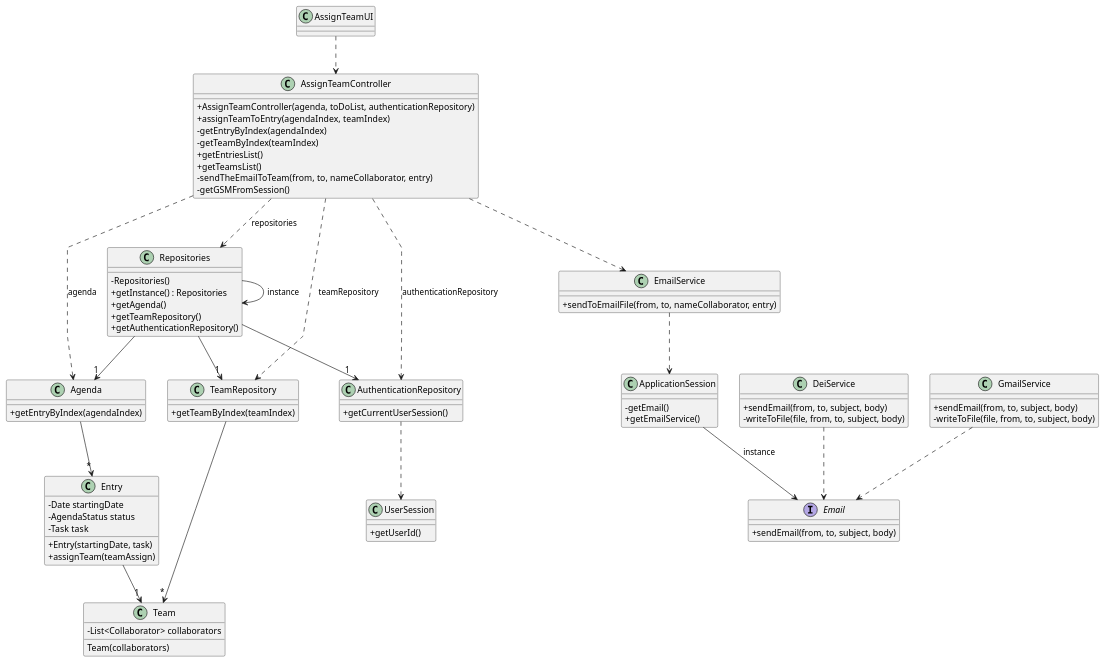
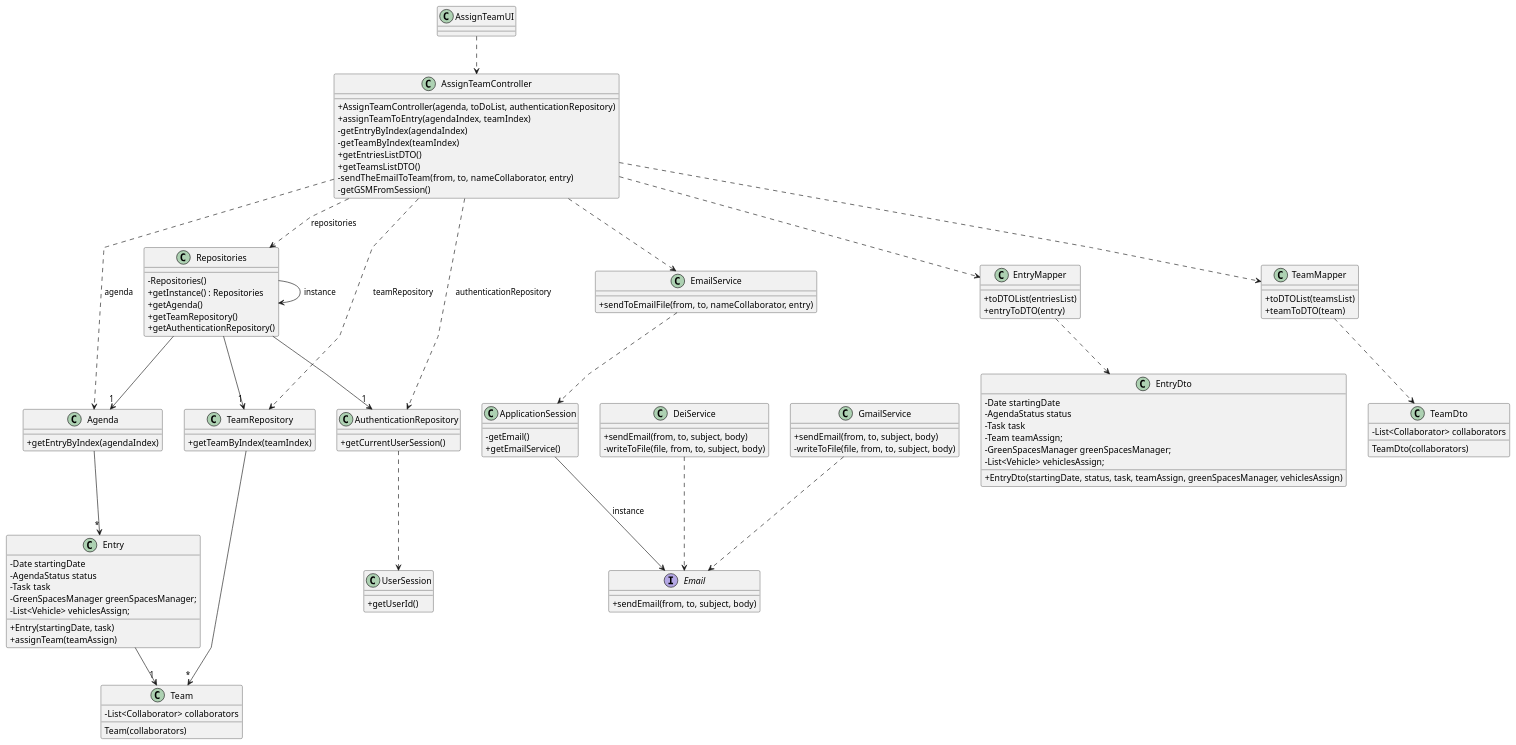
The diagram in docs/sprintA&B&C/us023/03.design/puml/us023-class-diagram.puml (daniel41silva05/ISEP_2023_2024_LAPR2), drawn with PlantUML before and after one commit. The commit also changed 16 other files, not shown here.

Commit message:
US22/23/26 - finalization Class Diagram and Sequence Diagram #10 #11 #12

```diff
--- a/docs/sprintA&B&C/us023/03.design/puml/us023-class-diagram.puml
+++ b/docs/sprintA&B&C/us023/03.design/puml/us023-class-diagram.puml
@@ -1,106 +1,137 @@
 @startuml
 'skinparam monochrome true
 skinparam packageStyle rectangle
 skinparam shadowing false
 skinparam linetype polyline
 'skinparam linetype orto
 
 skinparam classAttributeIconSize 0
 
 'left to right direction
 
 class AssignTeamUI {
 }
 
 class AssignTeamController {
     +AssignTeamController(agenda, toDoList, authenticationRepository)
     +assignTeamToEntry(agendaIndex, teamIndex)
     -getEntryByIndex(agendaIndex)
     -getTeamByIndex(teamIndex)
-    +getEntriesList()
-    +getTeamsList()
+    +getEntriesListDTO()
+    +getTeamsListDTO()
     -sendTheEmailToTeam(from, to, nameCollaborator, entry)
     -getGSMFromSession()
 }
 
 class Agenda {
     +getEntryByIndex(agendaIndex)
 }
 
 class Entry {
     -Date startingDate
     -AgendaStatus status
     -Task task
+    -GreenSpacesManager greenSpacesManager;
+    -List<Vehicle> vehiclesAssign;
     +Entry(startingDate, task)
     +assignTeam(teamAssign)
 }
 
 class TeamRepository {
     +getTeamByIndex(teamIndex)
 }
 
 class Team {
     -List<Collaborator> collaborators
     Team(collaborators)
 }
 
 class Repositories {
     - Repositories()
     + getInstance() : Repositories
     + getAgenda()
     + getTeamRepository()
     + getAuthenticationRepository()
 }
 
 class AuthenticationRepository {
     +getCurrentUserSession()
 }
 
 class UserSession {
     +getUserId()
 }
 
 class EmailService {
     +sendToEmailFile(from, to, nameCollaborator, entry)
 }
 
 class ApplicationSession {
     -getEmail()
     +getEmailService()
 }
 
 interface Email {
     +sendEmail(from, to, subject, body)
 }
 
 class DeiService {
     +sendEmail(from, to, subject, body)
     -writeToFile(file, from, to, subject, body)
 }
 
 class GmailService {
     +sendEmail(from, to, subject, body)
     -writeToFile(file, from, to, subject, body)
 }
 
+class EntryDto {
+    -Date startingDate
+    -AgendaStatus status
+    -Task task
+    -Team teamAssign;
+    -GreenSpacesManager greenSpacesManager;
+    -List<Vehicle> vehiclesAssign;
+    +EntryDto(startingDate, status, task, teamAssign, greenSpacesManager, vehiclesAssign)
+}
+
+class EntryMapper {
+    +toDTOList(entriesList)
+    +entryToDTO(entry)
+}
+
+class TeamDto {
+    -List<Collaborator> collaborators
+    TeamDto(collaborators)
+}
+
+class TeamMapper {
+    +toDTOList(teamsList)
+    +teamToDTO(team)
+}
+
 
 AssignTeamUI ..> AssignTeamController
 AssignTeamController ..> Repositories: repositories
 AssignTeamController ..> Agenda: agenda
 AssignTeamController ..> TeamRepository: teamRepository
 AssignTeamController ..> AuthenticationRepository: authenticationRepository
 AuthenticationRepository ..> UserSession
 Repositories --> Repositories: instance
 Repositories --> "1" Agenda
 Repositories --> "1" TeamRepository
 Repositories --> "1" AuthenticationRepository
 Agenda --> "*" Entry
 TeamRepository --> "*" Team
 Entry --> "1" Team
 AssignTeamController ..> EmailService
 EmailService ..> ApplicationSession
 ApplicationSession --> Email: instance
 DeiService ..> Email
 GmailService ..> Email
+AssignTeamController ..> TeamMapper
+TeamMapper ..> TeamDto
+AssignTeamController ..> EntryMapper
+EntryMapper ..> EntryDto
 
 @enduml
```
